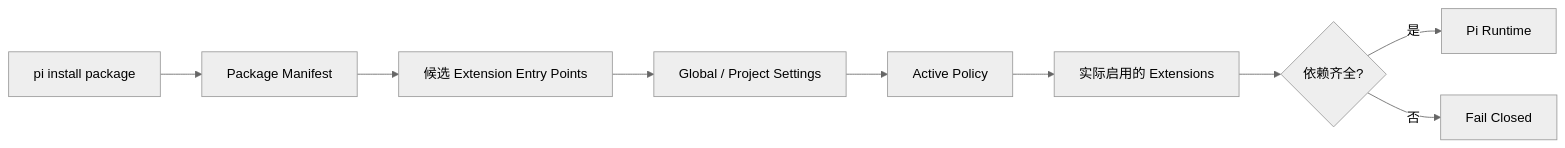
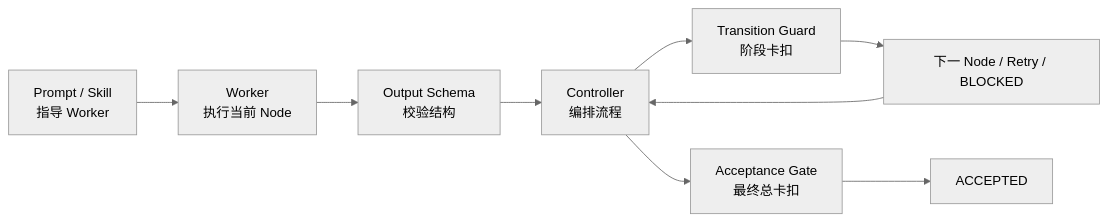
The fifth of 10 diagrams in docs/00-repository-organization/technical-design.md (ZHOUKAILIAN/my-pi-extension), drawn with Mermaid (neutral theme) before and after one commit. The commit also changed other lines of this file and 7 other files, not shown here.

Commit message:
docs: decide workflow runtime architecture

````diff
--- a/docs/00-repository-organization/technical-design.md
+++ b/docs/00-repository-organization/technical-design.md
@@ -139,11 +183,16 @@
 ```mermaid
 flowchart LR
-    install[pi install package] --> manifest[Package Manifest]
-    manifest --> discovered[候选 Extension Entry Points]
-    discovered --> settings[Global / Project Settings]
-    settings --> policy[Active Policy]
-    policy --> enabled[实际启用的 Extensions]
-    enabled --> dependencies{依赖齐全?}
-    dependencies -- 是 --> runtime[Pi Runtime]
-    dependencies -- 否 --> blocked[Fail Closed]
+    prompt[Prompt / Skill<br/>指导 Worker] --> worker[Worker
+执行当前 Node]
+    worker --> schema[Output Schema
+校验结构]
+    schema --> controller[Controller
+编排流程]
+    controller --> guard[Transition Guard
+阶段卡扣]
+    guard --> next[下一 Node / Retry / BLOCKED]
+    next --> controller
+    controller --> acceptance[Acceptance Gate
+最终总卡扣]
+    acceptance --> accepted[ACCEPTED]
 ```
````
